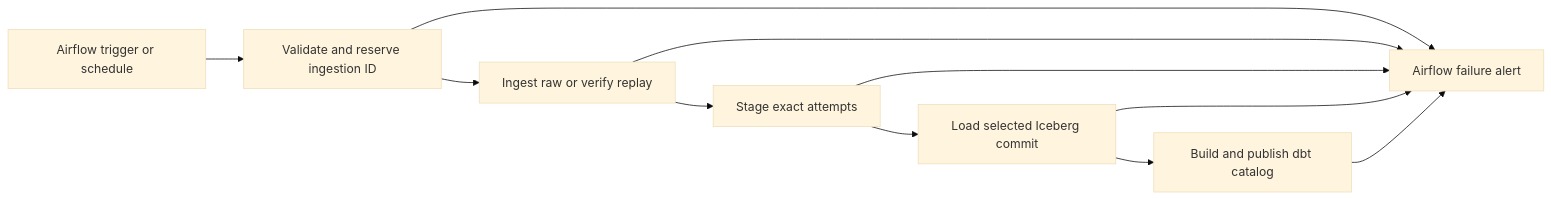
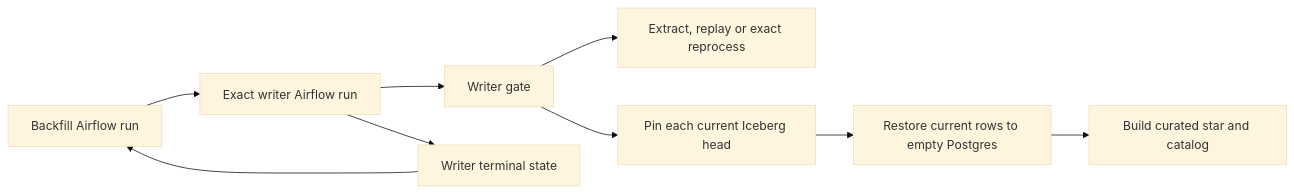
Before and after one commit to gsanchez2141/world-bank-poc: the diagram in IMPLEMENTATION_CONTRACT.md, drawn with Mermaid (base theme). The commit also changed other lines of this file and 22 other files, not shown here.

Commit message:
feat(backfill): trigger scoped runs and restore Iceberg state

````diff
--- a/IMPLEMENTATION_CONTRACT.md
+++ b/IMPLEMENTATION_CONTRACT.md
@@ -73,13 +70,11 @@
 ```mermaid
 flowchart LR
-    Run[Airflow trigger or schedule] --> Gate[Validate and reserve ingestion ID]
-    Gate --> Ingest[Ingest raw or verify replay]
-    Ingest --> Stage[Stage exact attempts]
-    Stage --> Consumer[Load selected Iceberg commit]
-    Consumer --> Curated[Build and publish dbt catalog]
-    Gate --> Fail[Airflow failure alert]
-    Ingest --> Fail
-    Stage --> Fail
-    Consumer --> Fail
-    Curated --> Fail
+    Parent[Backfill Airflow run] --> Child[Exact writer Airflow run]
+    Child --> Gate[Writer gate]
+    Gate --> Normal[Extract, replay or exact reprocess]
+    Gate --> Rebuild[Pin each current Iceberg head]
+    Rebuild --> Load[Restore current rows to empty Postgres]
+    Load --> DBT[Build curated star and catalog]
+    Child --> Result[Writer terminal state]
+    Result --> Parent
 ```
````
